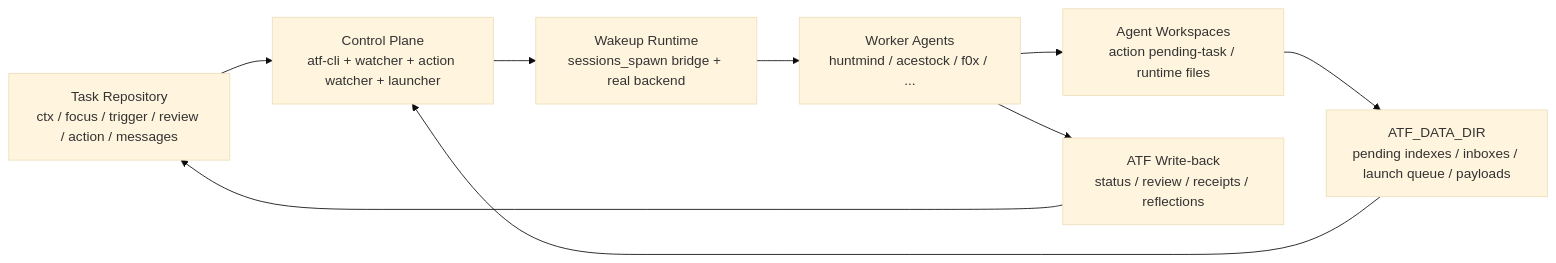
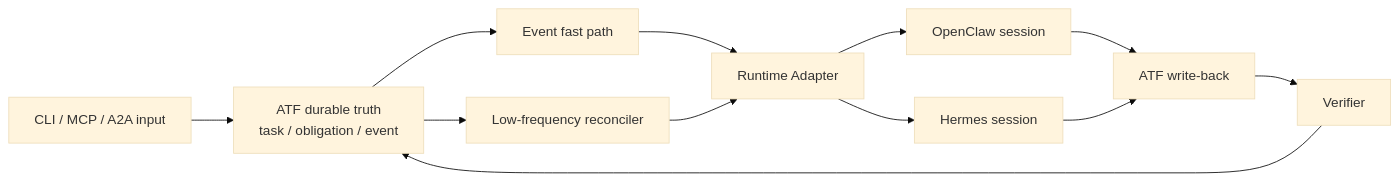
One commit to vinson1101/agent-taskflow changed the diagram in README.md. Above: the diagram before and after it, drawn with Mermaid (base theme). The commit also changed other lines of this file and 23 other files, not shown here.

Commit message:
Upgrade ATF reliability control plane

````diff
--- a/README.md
+++ b/README.md
@@ -43,11 +45,14 @@
 ```mermaid
 flowchart LR
-  Repo["Task Repository<br/>ctx / focus / trigger / review / action / messages"] --> Control["Control Plane<br/>atf-cli + watcher + action watcher + launcher"]
-  Data["ATF_DATA_DIR<br/>pending indexes / inboxes / launch queue / payloads"] --> Control["Control Plane<br/>atf-cli + watcher + action watcher + launcher"]
-  Control --> Runtime["Wakeup Runtime<br/>sessions_spawn bridge + real backend"]
-  Runtime --> Agents["Worker Agents<br/>huntmind / acestock / f0x / ..."]
-  Agents --> Workspace["Agent Workspaces<br/>action pending-task / runtime files"]
-  Workspace --> Data
-  Agents --> Writeback["ATF Write-back<br/>status / review / receipts / reflections"]
-  Writeback --> Repo
+  Input["CLI / MCP / A2A input"] --> Truth["ATF durable truth<br/>task / obligation / event"]
+  Truth --> Fast["Event fast path"]
+  Truth --> Slow["Low-frequency reconciler"]
+  Fast --> Adapter["Runtime Adapter"]
+  Slow --> Adapter
+  Adapter --> OpenClaw["OpenClaw session"]
+  Adapter --> Hermes["Hermes session"]
+  OpenClaw --> Writeback["ATF write-back"]
+  Hermes --> Writeback
+  Writeback --> Verify["Verifier"]
+  Verify --> Truth
 ```
````
